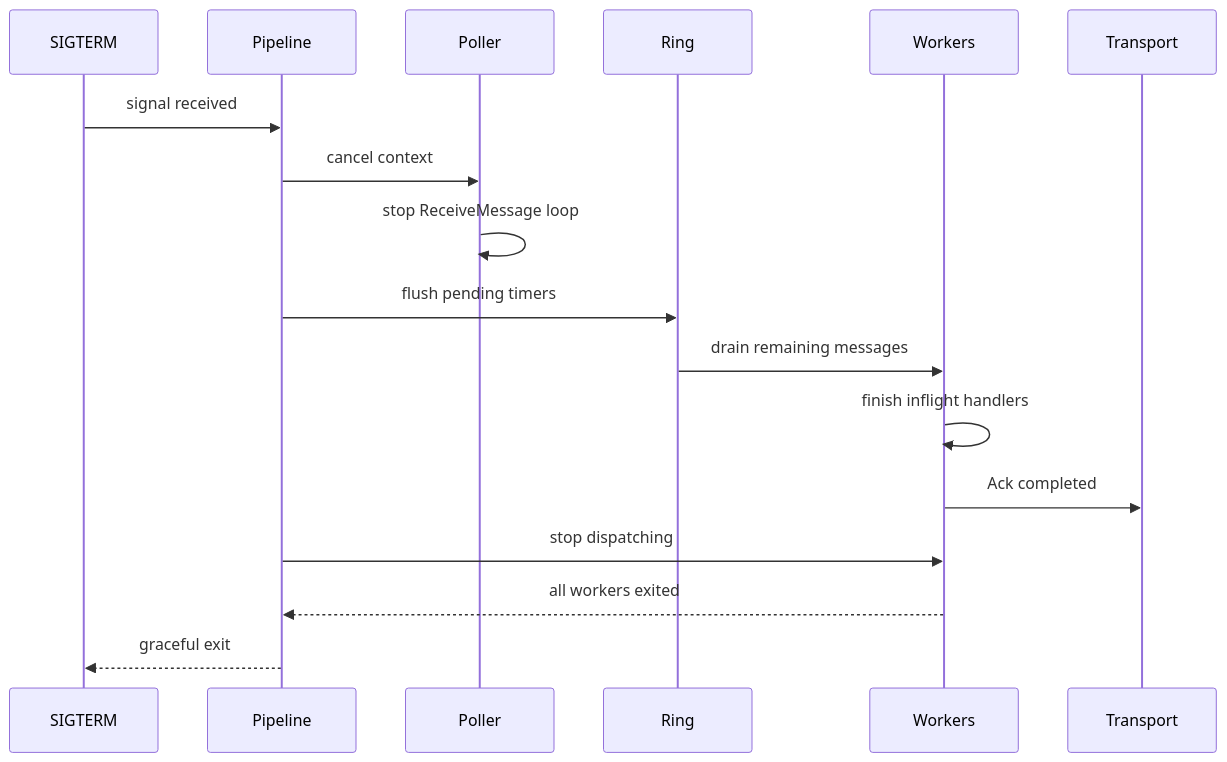
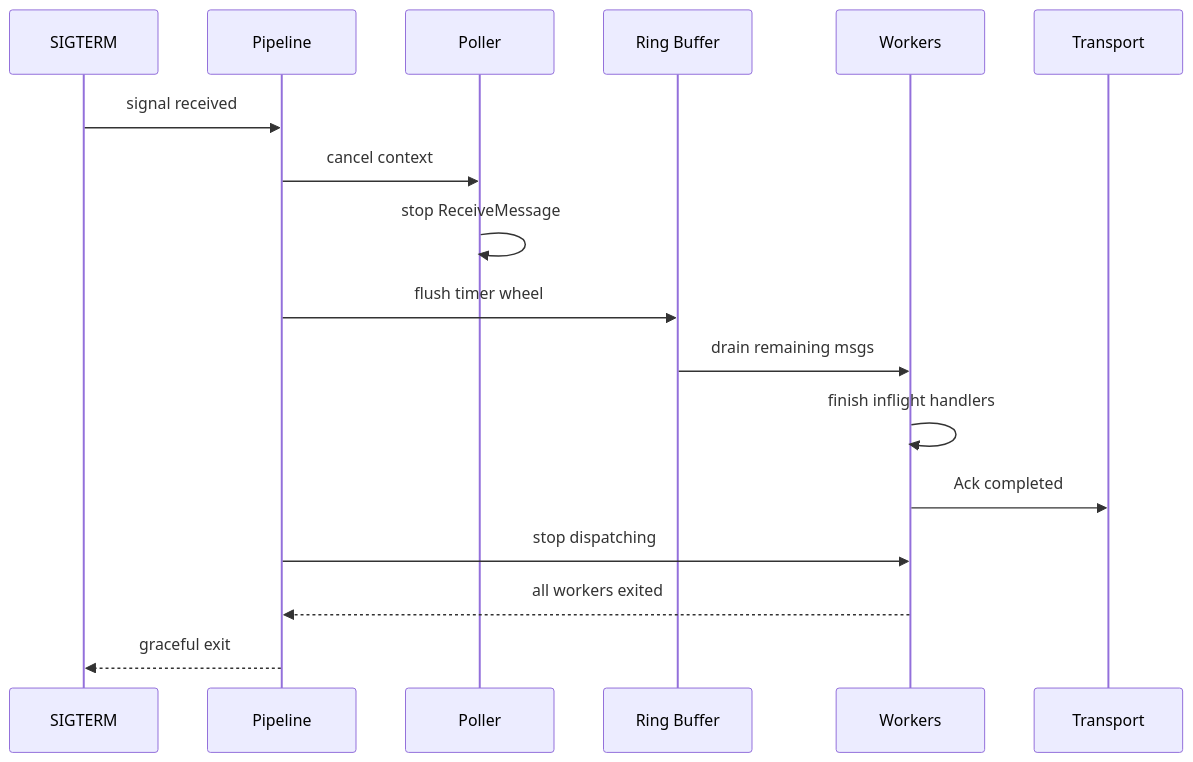
One commit to vianhanif/go-task-orbit changed the fourth of 4 diagrams in docs/architecture.md. Above: the diagram before and after it, drawn with Mermaid. The commit also changed other lines of this file and 1 other file, not shown here.

First line of the commit message:
docs: use Mermaid code blocks in architecture.md + dark SVG reference

````diff
--- a/docs/architecture.md
+++ b/docs/architecture.md
@@ -64,19 +64,18 @@
 ```mermaid
 sequenceDiagram
     participant OS as SIGTERM
-    participant Pipeline
-    participant Poller
-    participant Ring
-    participant Workers
-
-    OS->>Pipeline: signal received
-    Pipeline->>Poller: cancel context
-    Poller->>Poller: stop ReceiveMessage loop
-    Pipeline->>Ring: flush pending timers
-    Ring->>Workers: drain remaining messages
-    Workers->>Workers: finish inflight handlers
-    Workers->>Transport: Ack completed
-    Pipeline->>Workers: stop dispatching
-    Workers-->>Pipeline: all workers exited
-    Pipeline-->>OS: graceful exit
+    participant PL as Pipeline
+    participant PO as Poller
+    participant RB as Ring Buffer
+    participant W as Workers
+    OS->>PL: signal received
+    PL->>PO: cancel context
+    PO->>PO: stop ReceiveMessage
+    PL->>RB: flush timer wheel
+    RB->>W: drain remaining msgs
+    W->>W: finish inflight handlers
+    W->>Transport: Ack completed
+    PL->>W: stop dispatching
+    W-->>PL: all workers exited
+    PL-->>OS: graceful exit
 ```
````
